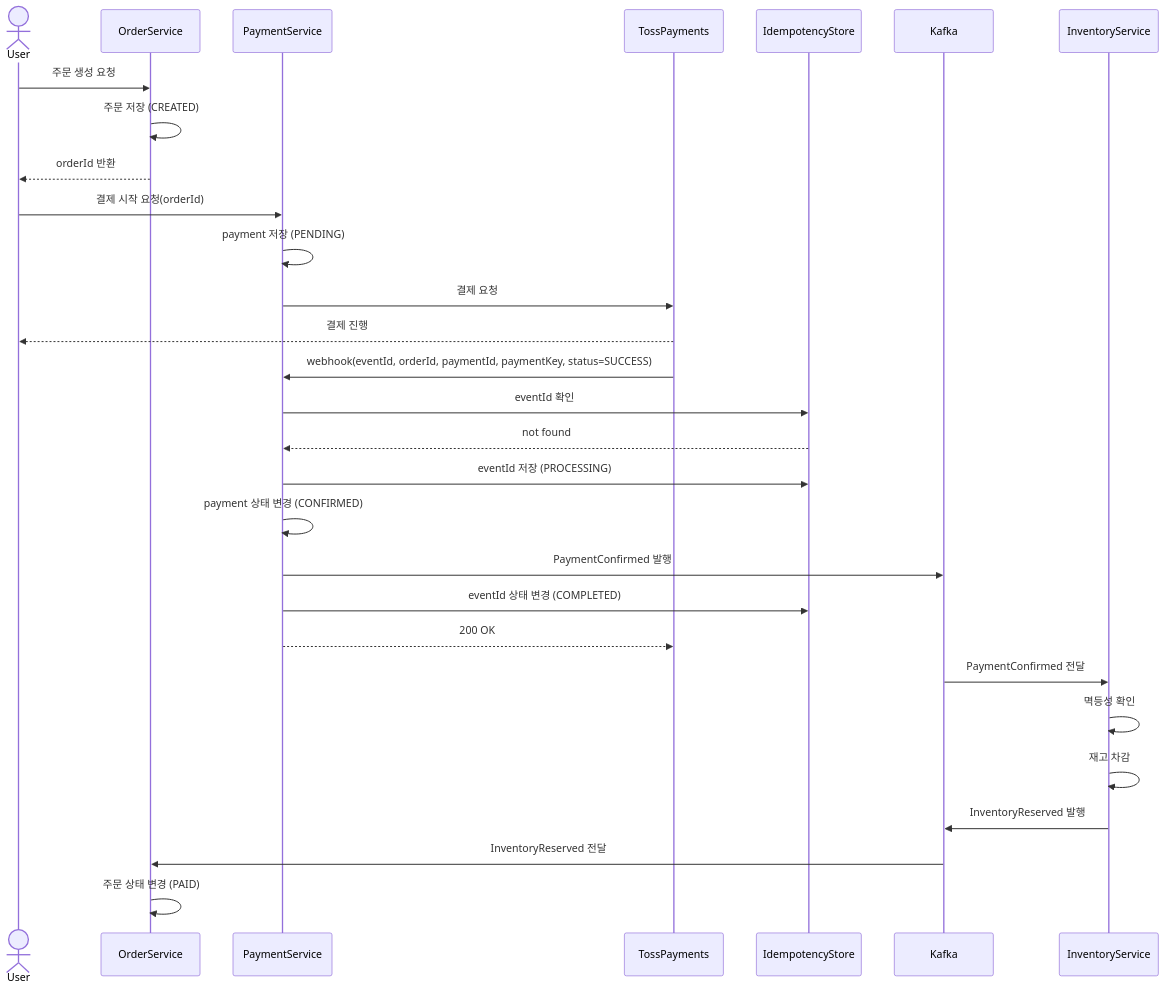
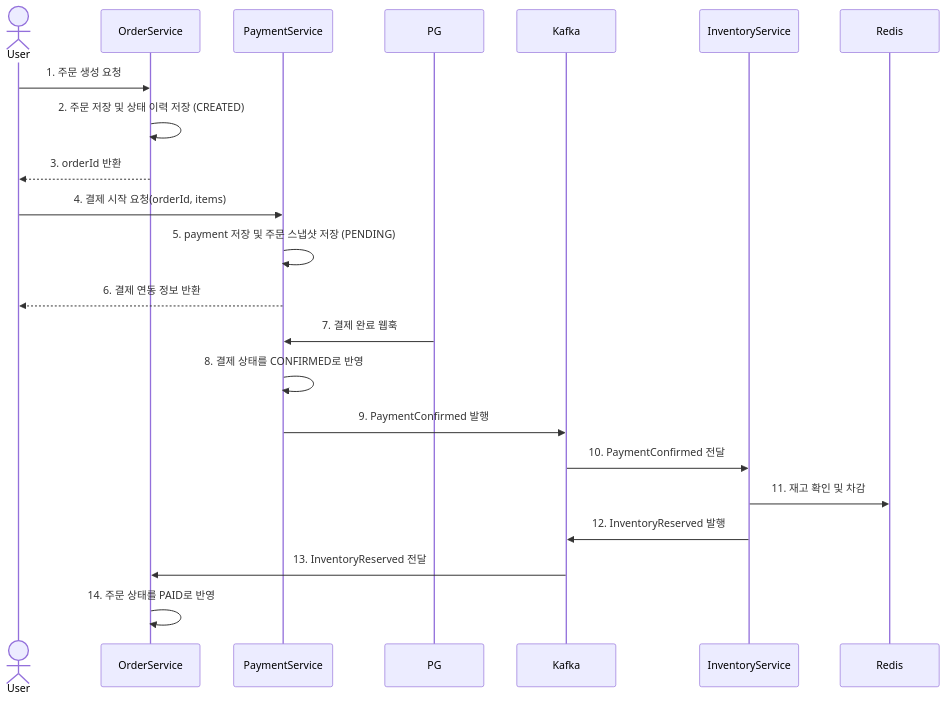
One commit to Hwasowl/ecommerce changed the second of 11 diagrams in README.md. Above: the diagram before and after it, drawn with Mermaid. The commit also changed other lines of this file, not shown here.

````diff
--- a/README.md
+++ b/README.md
@@ -51,36 +51,29 @@
 ```mermaid
 sequenceDiagram
     actor User
     participant OrderService
     participant PaymentService
-    participant TossPayments
-    participant IdempotencyStore
+    participant PG
     participant Kafka
     participant InventoryService
+    participant Redis
 
-    User->>OrderService: 주문 생성 요청
-    OrderService->>OrderService: 주문 저장 (CREATED)
-    OrderService-->>User: orderId 반환
+    User->>OrderService: 1. 주문 생성 요청
+    OrderService->>OrderService: 2. 주문 저장 및 상태 이력 저장 (CREATED)
+    OrderService-->>User: 3. orderId 반환
 
-    User->>PaymentService: 결제 시작 요청(orderId)
-    PaymentService->>PaymentService: payment 저장 (PENDING)
-    PaymentService->>TossPayments: 결제 요청
-    TossPayments-->>User: 결제 진행
+    User->>PaymentService: 4. 결제 시작 요청(orderId, items)
+    PaymentService->>PaymentService: 5. payment 저장 및 주문 스냅샷 저장 (PENDING)
+    PaymentService-->>User: 6. 결제 연동 정보 반환
 
-    TossPayments->>PaymentService: webhook(eventId, orderId, paymentId, paymentKey, status=SUCCESS)
-    PaymentService->>IdempotencyStore: eventId 확인
-    IdempotencyStore-->>PaymentService: not found
-    PaymentService->>IdempotencyStore: eventId 저장 (PROCESSING)
-    PaymentService->>PaymentService: payment 상태 변경 (CONFIRMED)
-    PaymentService->>Kafka: PaymentConfirmed 발행
-    PaymentService->>IdempotencyStore: eventId 상태 변경 (COMPLETED)
-    PaymentService-->>TossPayments: 200 OK
+    PG->>PaymentService: 7. 결제 완료 웹훅
+    PaymentService->>PaymentService: 8. 결제 상태를 CONFIRMED로 반영
+    PaymentService->>Kafka: 9. PaymentConfirmed 발행
 
-    Kafka->>InventoryService: PaymentConfirmed 전달
-    InventoryService->>InventoryService: 멱등성 확인
-    InventoryService->>InventoryService: 재고 차감
-    InventoryService->>Kafka: InventoryReserved 발행
+    Kafka->>InventoryService: 10. PaymentConfirmed 전달
+    InventoryService->>Redis: 11. 재고 확인 및 차감
+    InventoryService->>Kafka: 12. InventoryReserved 발행
 
-    Kafka->>OrderService: InventoryReserved 전달
-    OrderService->>OrderService: 주문 상태 변경 (PAID)
+    Kafka->>OrderService: 13. InventoryReserved 전달
+    OrderService->>OrderService: 14. 주문 상태를 PAID로 반영
 ```
````
